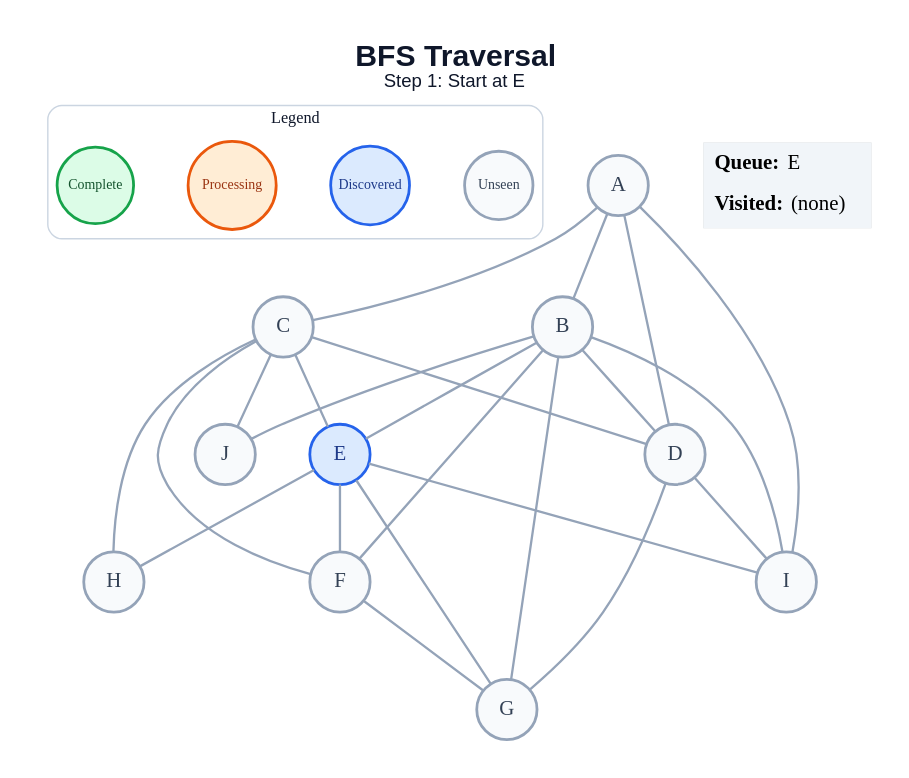
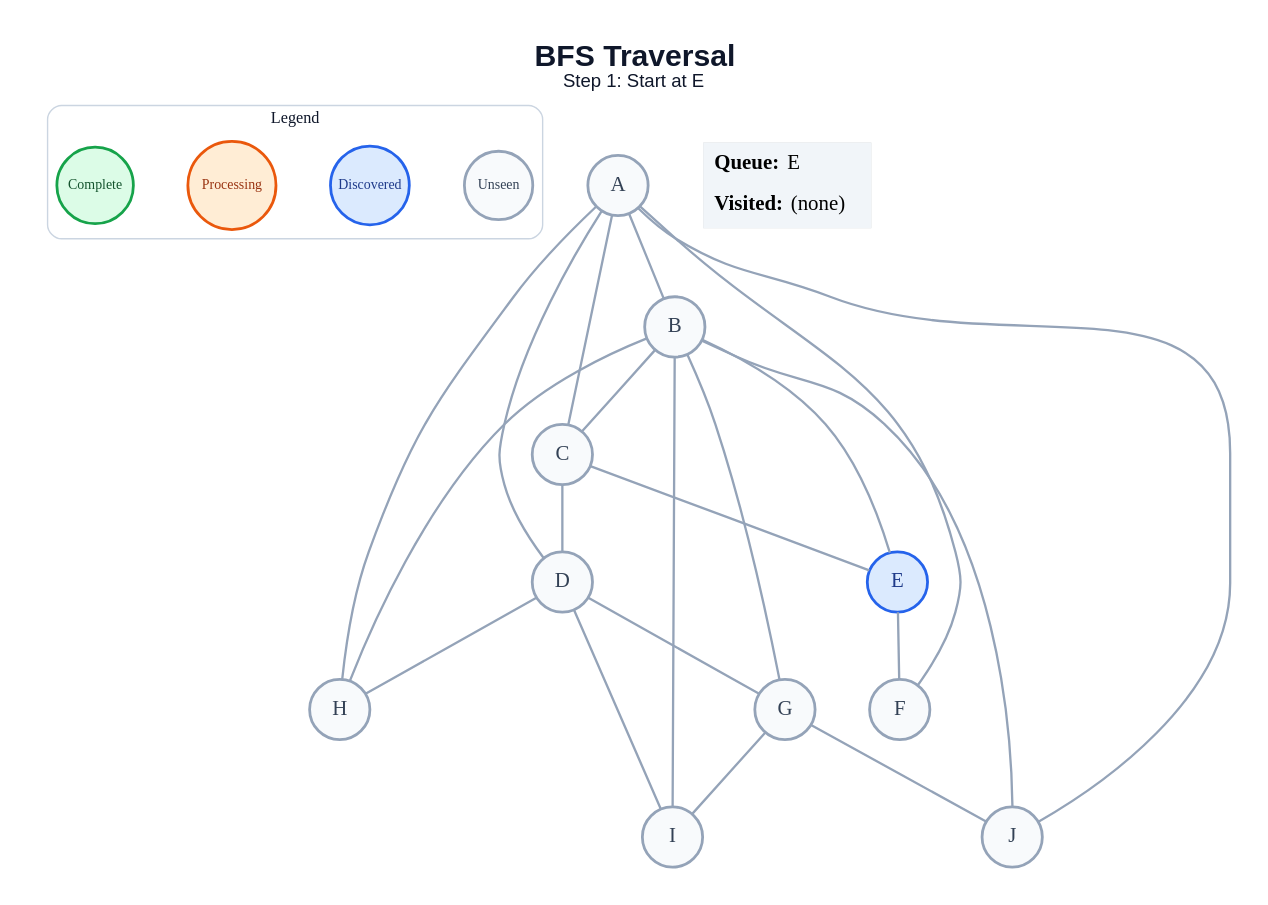
The diagram in generated/specific-node/bfs/step_01.dot (amanghodawala9/ai-slop), drawn with Graphviz before and after one commit. The commit also changed 178 other files, not shown here.

```diff
--- a/generated/specific-node/bfs/step_01.dot
+++ b/generated/specific-node/bfs/step_01.dot
@@ -1,51 +1,49 @@
 graph traversal {
   graph [layout=dot, rankdir=TB, bgcolor="#FFFFFF", pad="0.35", nodesep="0.65", ranksep="0.8", fontname="Arial"];
   node [shape=circle, style="filled", fontname="Arial Bold", fontsize=18, width=0.72, fixedsize=true, penwidth=2.4];
   edge [color="#94A3B8", penwidth=2.0];
   label=<<B>BFS Traversal</B><BR/><FONT POINT-SIZE="16">Step 1: Start at E</FONT>>; labelloc="t"; fontsize=26; fontname="Arial"; fontcolor="#0F172A";
   subgraph cluster_legend { label="Legend"; color="#CBD5E1"; penwidth=1.2; style="rounded"; fontsize=14; fontname="Arial Bold";
     key_unseen [label="Unseen", fillcolor="#F8FAFC", color="#94A3B8", fontcolor="#334155", fontsize=12, width=0.82];
     key_frontier [label="Discovered", fillcolor="#DBEAFE", color="#2563EB", fontcolor="#1E3A8A", fontsize=12, width=0.95];
     key_current [label="Processing", fillcolor="#FFEDD5", color="#EA580C", fontcolor="#9A3412", fontsize=12, width=1.05];
     key_done [label="Complete", fillcolor="#DCFCE7", color="#16A34A", fontcolor="#14532D", fontsize=12, width=0.92];
     { rank=same; key_unseen; key_frontier; key_current; key_done; }
   }
   A [fillcolor="#F8FAFC", color="#94A3B8", fontcolor="#334155"];
   B [fillcolor="#F8FAFC", color="#94A3B8", fontcolor="#334155"];
   C [fillcolor="#F8FAFC", color="#94A3B8", fontcolor="#334155"];
   D [fillcolor="#F8FAFC", color="#94A3B8", fontcolor="#334155"];
   E [fillcolor="#DBEAFE", color="#2563EB", fontcolor="#1E3A8A"];
   F [fillcolor="#F8FAFC", color="#94A3B8", fontcolor="#334155"];
   G [fillcolor="#F8FAFC", color="#94A3B8", fontcolor="#334155"];
   H [fillcolor="#F8FAFC", color="#94A3B8", fontcolor="#334155"];
   I [fillcolor="#F8FAFC", color="#94A3B8", fontcolor="#334155"];
   J [fillcolor="#F8FAFC", color="#94A3B8", fontcolor="#334155"];
   A -- B;
   A -- C;
   A -- D;
-  A -- I;
-  B -- D;
+  A -- F;
+  A -- H;
+  A -- J;
+  B -- C;
   B -- E;
-  B -- F;
   B -- G;
+  B -- H;
   B -- I;
   B -- J;
   C -- D;
   C -- E;
-  C -- F;
-  C -- H;
-  C -- J;
   D -- G;
+  D -- H;
   D -- I;
   E -- F;
-  E -- G;
-  E -- H;
-  E -- I;
-  F -- G;
+  G -- I;
+  G -- J;
   status [shape=plain, fixedsize=false, width=0, height=0, margin=0, label=<
     <TABLE BORDER="0" CELLBORDER="0" CELLPADDING="7" BGCOLOR="#F1F5F9">
       <TR><TD ALIGN="LEFT"><B>Queue:</B> E</TD></TR>
       <TR><TD ALIGN="LEFT"><B>Visited:</B> (none)</TD></TR>
     </TABLE>
   >];
 }
```
